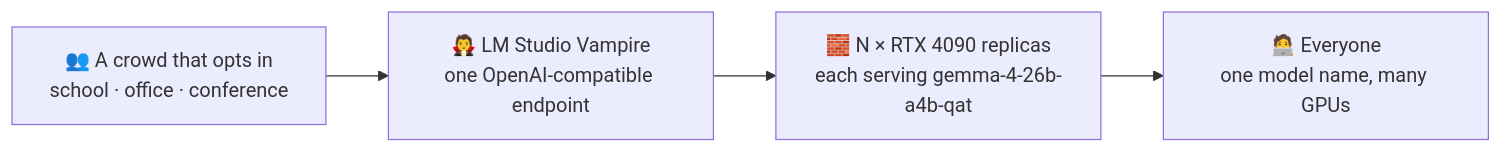
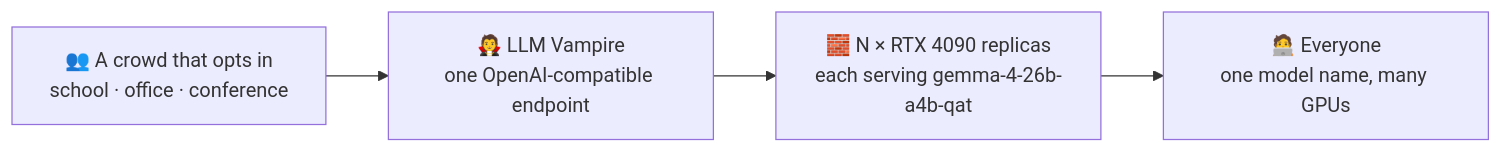
The first of 5 diagrams in docs/imagine-100x4090xGemma4-26b-a4b.md (japer-technology/llm-vampire), drawn with Mermaid before and after one commit. The commit also changed other lines of this file and 68 other files, not shown here.

Commit message:
Complete llm-vampire rebrand

````diff
--- a/docs/imagine-100x4090xGemma4-26b-a4b.md
+++ b/docs/imagine-100x4090xGemma4-26b-a4b.md
@@ -18,6 +18,6 @@
 ```mermaid
 flowchart LR
-    crowd["👥 A crowd that opts in<br/>school · office · conference"] --> v["🧛 LM Studio Vampire<br/>one OpenAI-compatible endpoint"]
+    crowd["👥 A crowd that opts in<br/>school · office · conference"] --> v["🧛 LLM Vampire<br/>one OpenAI-compatible endpoint"]
     v --> grid["🧱 N × RTX 4090 replicas<br/>each serving gemma-4-26b-a4b-qat"]
     grid --> users["🧑‍💻 Everyone<br/>one model name, many GPUs"]
 ```
````
